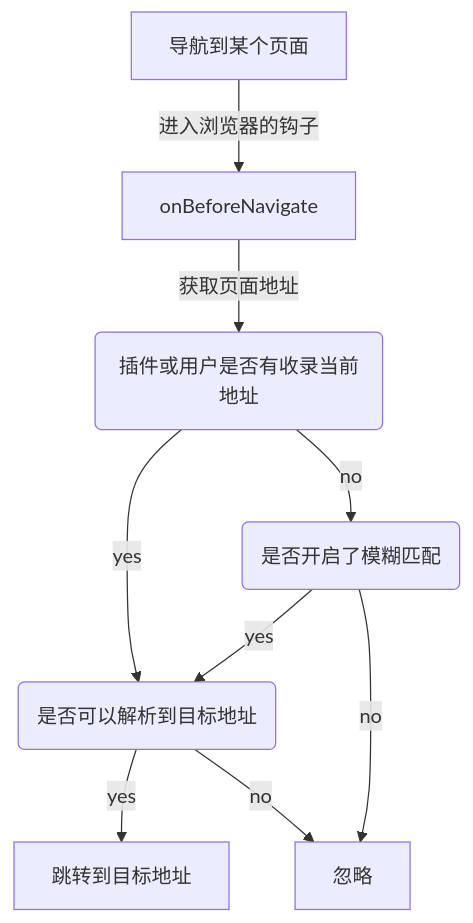
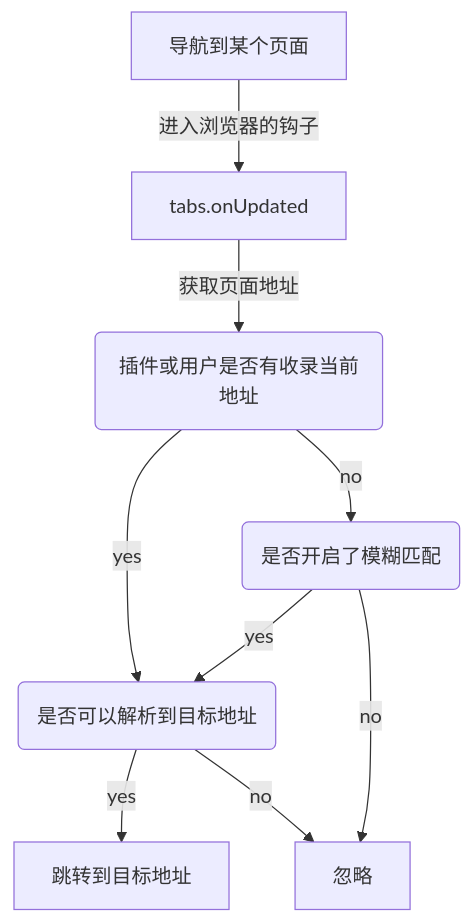
One commit to dogodo-cc/chrome-redirect-skipper changed the diagram in README.md. Above: the diagram before and after it, drawn with Mermaid. The commit also changed 1 other file, not shown here.

````diff
--- a/README.md
+++ b/README.md
@@ -59,21 +59,21 @@
 ```mermaid
 flowchart TB
   Start[导航到某个页面]
-  A[onBeforeNavigate]
+  A[tabs.onUpdated]
   B(插件或用户是否有收录当前地址)
   C(是否开启了模糊匹配)
   D(是否可以解析到目标地址)
 
   X[忽略]
   Y[跳转到目标地址]
 
   Start -- 进入浏览器的钩子 --> A -- 获取页面地址 --> B --yes--> D
   B -- no --> C -- yes --> D
 
  D -- yes --> Y
  D -- no --> X
 
  C -- no --> X
 
 
 ```
````
